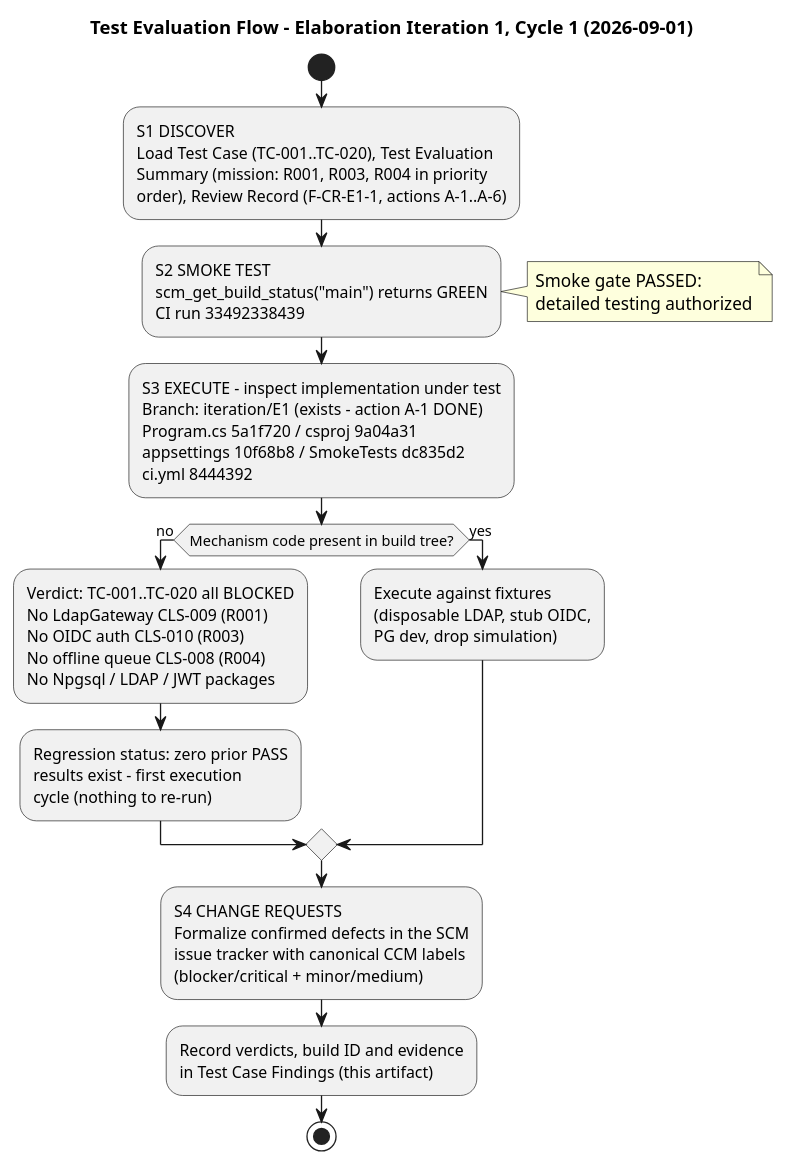
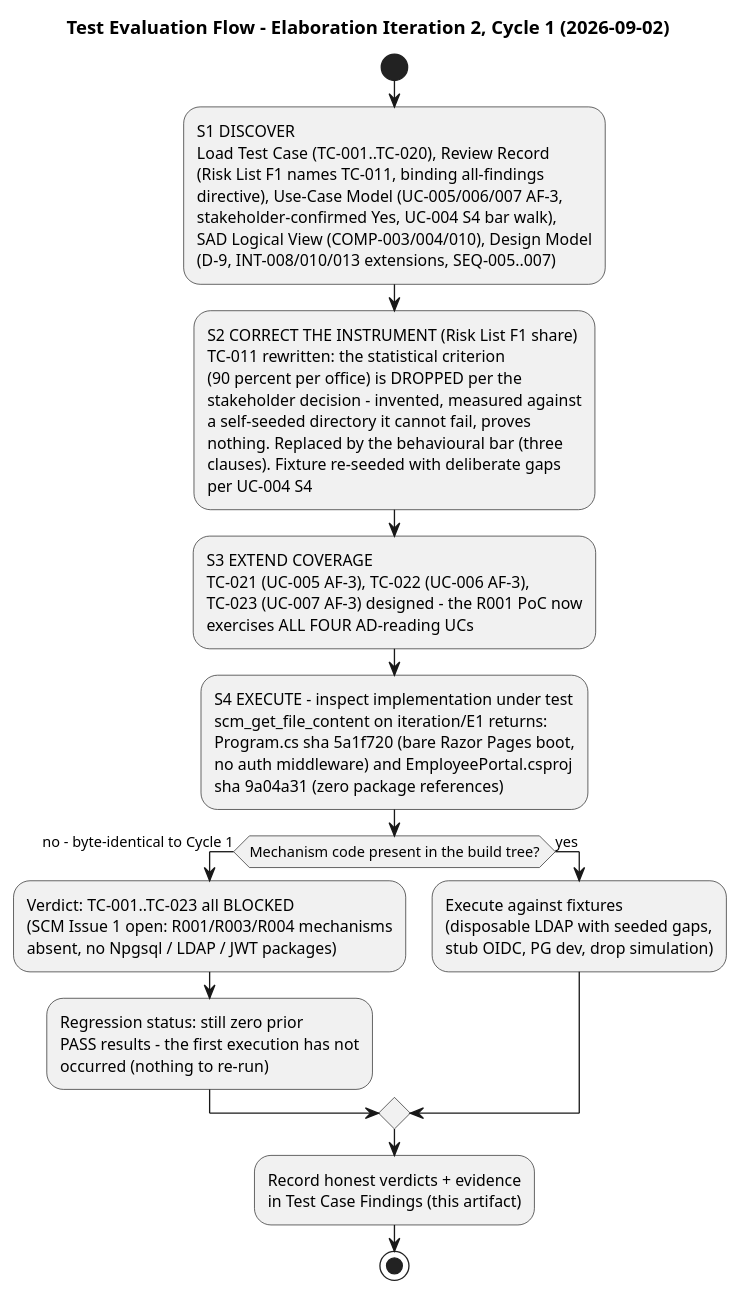
One commit to banense-test/employee-portal changed the third of 7 diagrams in docs/artifacts/test/test-case.md. Above: the diagram before and after it, drawn with PlantUML. The commit also changed other lines of this file, not shown here.

First line of the commit message:
Test Designer [E2]: upsert Test Case

````diff
--- a/docs/artifacts/test/test-case.md
+++ b/docs/artifacts/test/test-case.md
@@ -171,44 +178,46 @@
 ```plantuml
 @startuml
-title Test Evaluation Flow - Elaboration Iteration 1, Cycle 1 (2026-09-01)
+title Test Evaluation Flow - Elaboration Iteration 2, Cycle 1 (2026-09-02)
 
 start
 :S1 DISCOVER
-Load Test Case (TC-001..TC-020), Test Evaluation
-Summary (mission: R001, R003, R004 in priority
-order), Review Record (F-CR-E1-1, actions A-1..A-6);
-:S2 SMOKE TEST
-scm_get_build_status("main") returns GREEN
-CI run 33492338439;
-note right
-  Smoke gate PASSED:
-  detailed testing authorized
-end note
-:S3 EXECUTE - inspect implementation under test
-Branch: iteration/E1 (exists - action A-1 DONE)
-Program.cs 5a1f720 / csproj 9a04a31
-appsettings 10f68b8 / SmokeTests dc835d2
-ci.yml 8444392;
-if (Mechanism code present in build tree?) then (no)
-  :Verdict: TC-001..TC-020 all BLOCKED
-No LdapGateway CLS-009 (R001)
-No OIDC auth CLS-010 (R003)
-No offline queue CLS-008 (R004)
-No Npgsql / LDAP / JWT packages;
-  :Regression status: zero prior PASS
-results exist - first execution
-cycle (nothing to re-run);
+Load Test Case (TC-001..TC-020), Review Record
+(Risk List F1 names TC-011, binding all-findings
+directive), Use-Case Model (UC-005/006/007 AF-3,
+stakeholder-confirmed Yes, UC-004 S4 bar walk),
+SAD Logical View (COMP-003/004/010), Design Model
+(D-9, INT-008/010/013 extensions, SEQ-005..007);
+:S2 CORRECT THE INSTRUMENT (Risk List F1 share)
+TC-011 rewritten: the statistical criterion
+(90 percent per office) is DROPPED per the
+stakeholder decision - invented, measured against
+a self-seeded directory it cannot fail, proves
+nothing. Replaced by the behavioural bar (three
+clauses). Fixture re-seeded with deliberate gaps
+per UC-004 S4;
+:S3 EXTEND COVERAGE
+TC-021 (UC-005 AF-3), TC-022 (UC-006 AF-3),
+TC-023 (UC-007 AF-3) designed - the R001 PoC now
+exercises ALL FOUR AD-reading UCs;
+:S4 EXECUTE - inspect implementation under test
+scm_get_file_content on iteration/E1 returns:
+Program.cs sha 5a1f720 (bare Razor Pages boot,
+no auth middleware) and EmployeePortal.csproj
+sha 9a04a31 (zero package references);
+if (Mechanism code present in the build tree?) then (no - byte-identical to Cycle 1)
+  :Verdict: TC-001..TC-023 all BLOCKED
+(SCM Issue 1 open: R001/R003/R004 mechanisms
+absent, no Npgsql / LDAP / JWT packages);
+  :Regression status: still zero prior
+PASS results - the first execution has not
+occurred (nothing to re-run);
 else (yes)
   :Execute against fixtures
-(disposable LDAP, stub OIDC,
-PG dev, drop simulation);
+(disposable LDAP with seeded gaps,
+stub OIDC, PG dev, drop simulation);
 endif
-:S4 CHANGE REQUESTS
-Formalize confirmed defects in the SCM
-issue tracker with canonical CCM labels
-(blocker/critical + minor/medium);
-:Record verdicts, build ID and evidence
+:Record honest verdicts + evidence
 in Test Case Findings (this artifact);
 stop
 @enduml
 ```
````
